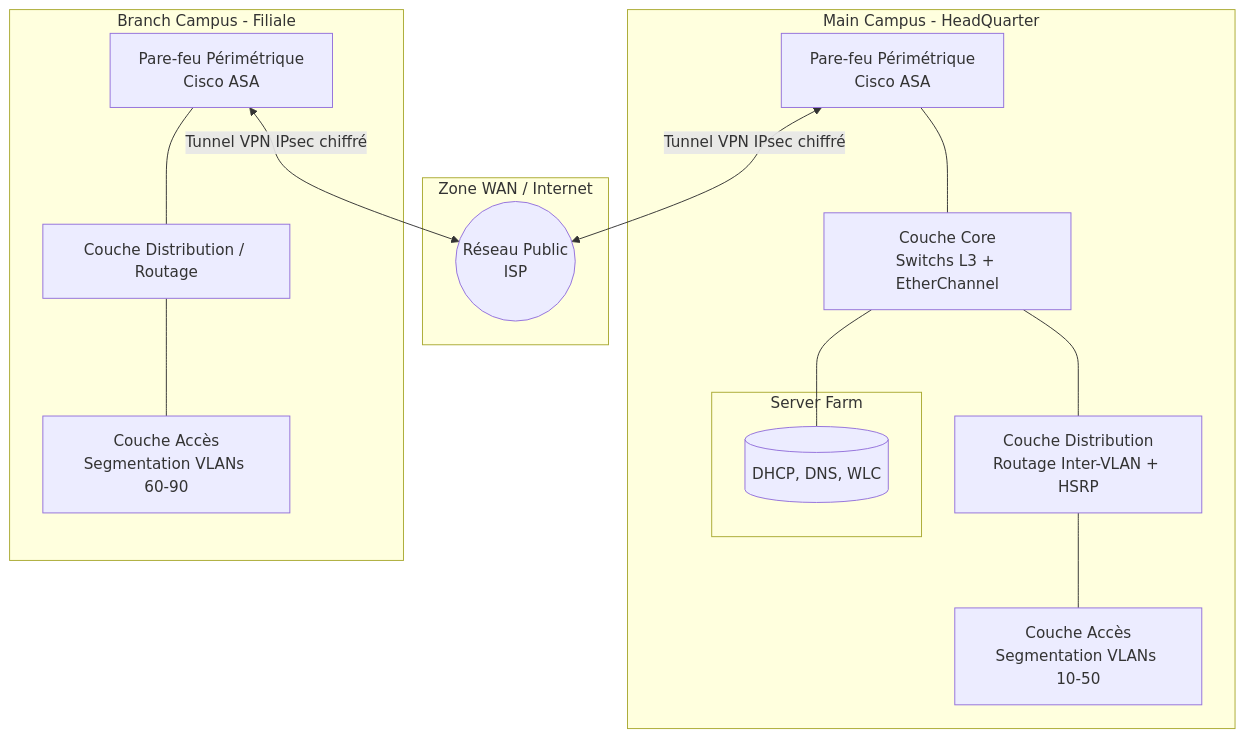
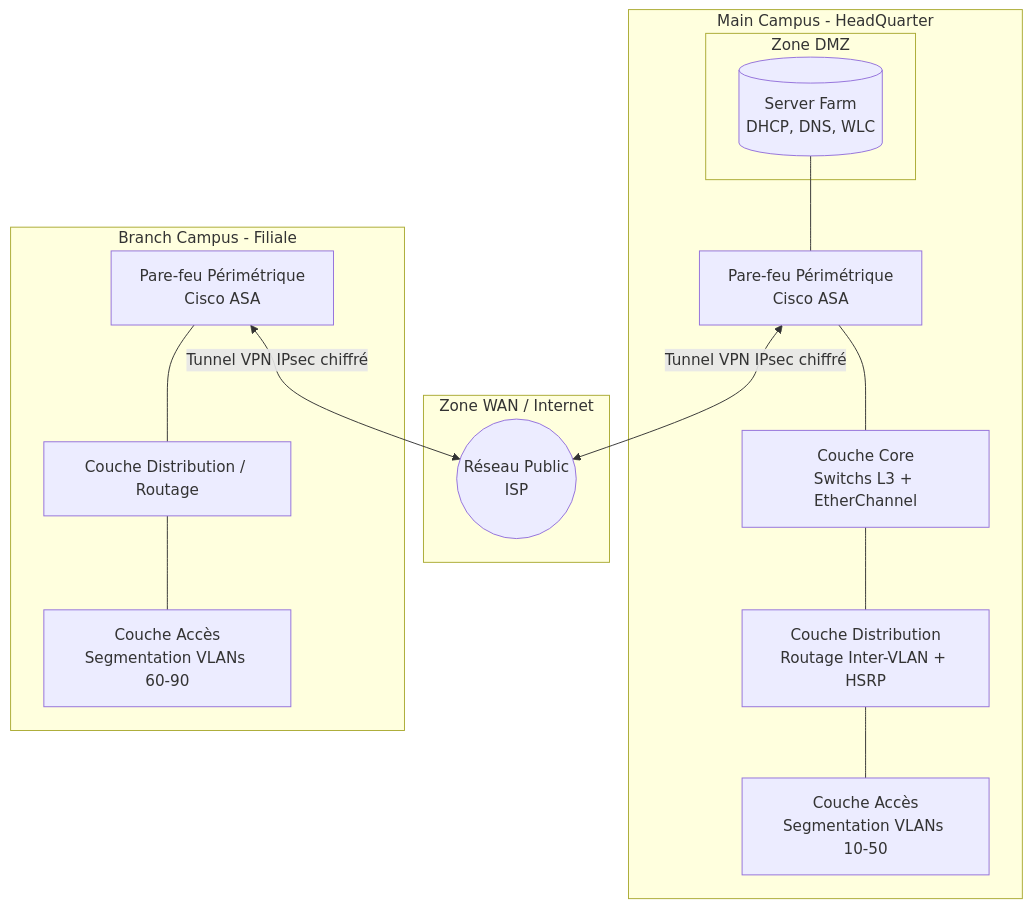
The diagram in Architecture Réseau Campus Sécurisée (Cisco).md (JulianKuypers/portfolio), drawn with Mermaid before and after one commit.

Commit message:
Refine DMZ section and server connections
Updated DMZ section to clarify server farm description and connection to the firewall.

````diff
--- a/Architecture Réseau Campus Sécurisée (Cisco).md
+++ b/Architecture Réseau Campus Sécurisée (Cisco).md
@@ -5,36 +5,38 @@
 ```mermaid
 graph TD
     subgraph WAN [Zone WAN / Internet]
         ISP((Réseau Public<br/>ISP))
     end
 
     subgraph HQ [Main Campus - HeadQuarter]
+        
+        subgraph DMZ [Zone DMZ]
+            Servers[(Server Farm<br/>DHCP, DNS, WLC)]
+        end
+        
         ASA_HQ[Pare-feu Périmétrique<br/>Cisco ASA]
-        
-        subgraph DMZ [Server Farm]
-            Servers[(DHCP, DNS, WLC)]
-        end
         
         Core[Couche Core<br/>Switchs L3 + EtherChannel]
         Dist[Couche Distribution<br/>Routage Inter-VLAN + HSRP]
         Acc[Couche Accès<br/>Segmentation VLANs 10-50]
         
+        %% La DMZ est connectée au Pare-feu, pas au Core
+        Servers --- ASA_HQ
         ASA_HQ --- Core
         Core --- Dist
         Dist --- Acc
-        Core --- Servers
     end
 
     subgraph Branch [Branch Campus - Filiale]
         ASA_BR[Pare-feu Périmétrique<br/>Cisco ASA]
         Dist_BR[Couche Distribution / Routage]
         Acc_BR[Couche Accès<br/>Segmentation VLANs 60-90]
 
         ASA_BR --- Dist_BR
         Dist_BR --- Acc_BR
     end
 
     %% Tunnels et Connexions
     ASA_HQ <-->|Tunnel VPN IPsec chiffré| ISP
     ASA_BR <-->|Tunnel VPN IPsec chiffré| ISP
 ```
````
